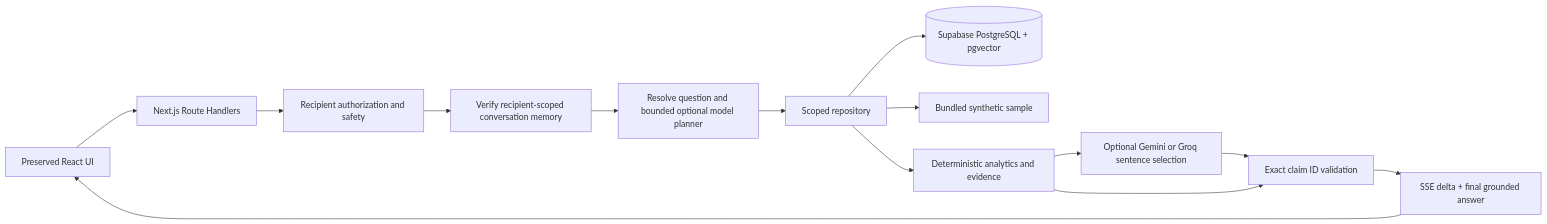
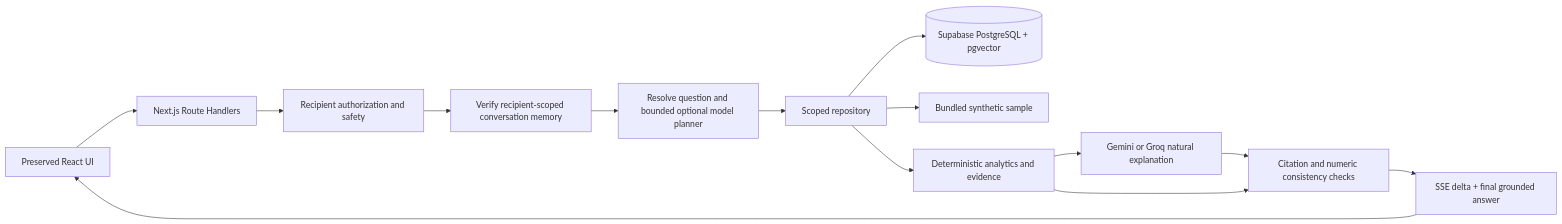
Before and after one commit to dilukshashamal/caregiver-ai: the diagram in docs/ARCHITECTURE.md, drawn with Mermaid. The commit also changed other lines of this file and 24 other files, not shown here.

````diff
--- a/docs/ARCHITECTURE.md
+++ b/docs/ARCHITECTURE.md
@@ -3,16 +3,16 @@
 ```mermaid
 flowchart LR
   UI[Preserved React UI] --> API[Next.js Route Handlers]
   API --> Auth[Recipient authorization and safety]
   Auth --> M[Verify recipient-scoped conversation memory]
   M --> P[Resolve question and bounded optional model planner]
   P --> R[Scoped repository]
   R --> DB[(Supabase PostgreSQL + pgvector)]
   R --> Demo[Bundled synthetic sample]
   R --> A[Deterministic analytics and evidence]
-  A --> G[Optional Gemini or Groq sentence selection]
-  G --> V[Exact claim ID validation]
+  A --> G[Gemini or Groq natural explanation]
+  G --> V[Citation and numeric consistency checks]
   A --> V
   V --> SSE[SSE delta + final grounded answer]
   SSE --> UI
 ```
````
